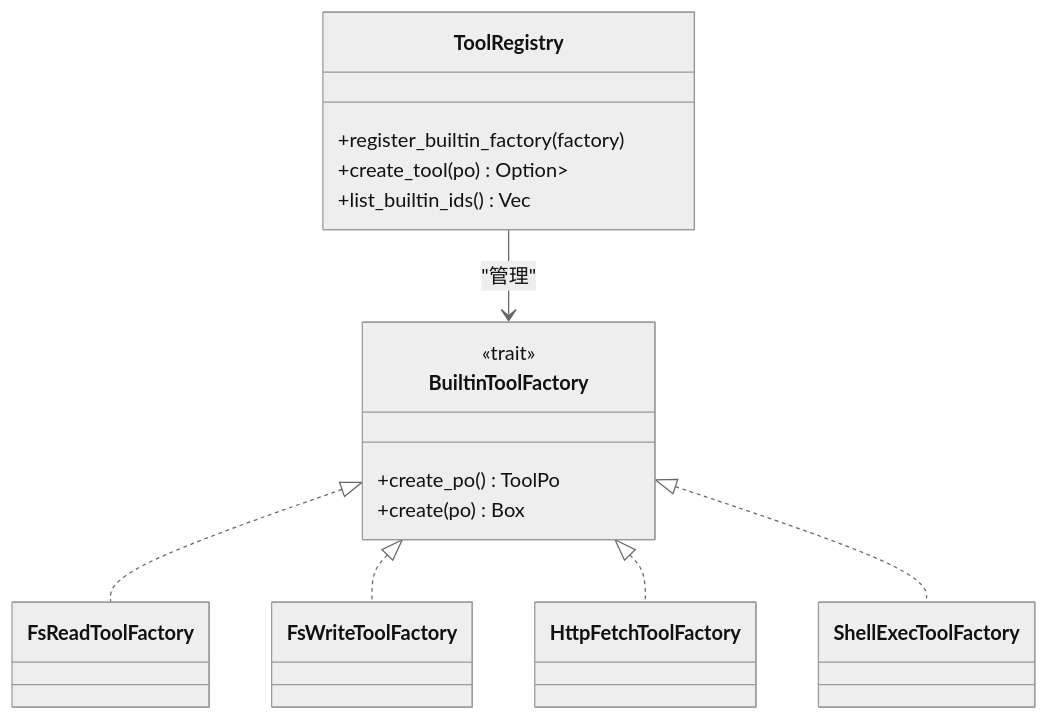
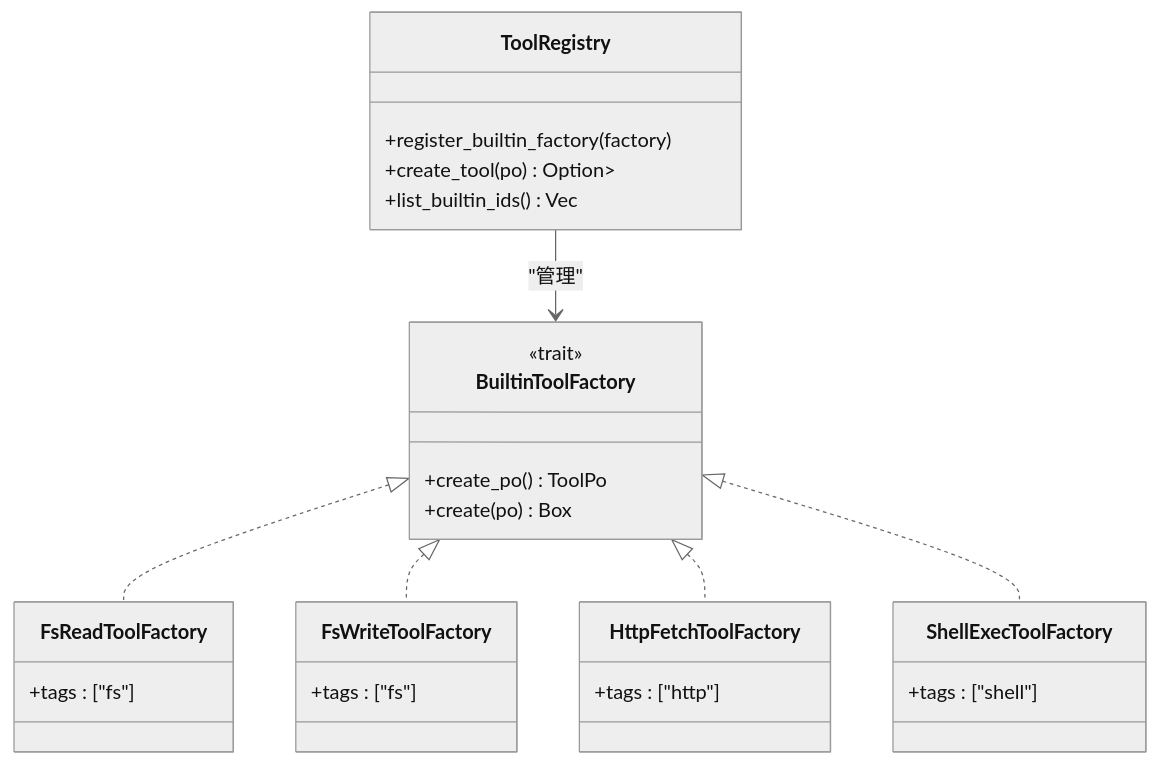
The third of 6 diagrams in .qoder/repowiki/zh/content/核心模块/工具注册表/内置工具系统.md (runningcoders/ai_orz), drawn with Mermaid (neutral theme) before and after one commit. The commit also changed other lines of this file and 299 other files, not shown here.

````diff
--- a/.qoder/repowiki/zh/content/核心模块/工具注册表/内置工具系统.md
+++ b/.qoder/repowiki/zh/content/核心模块/工具注册表/内置工具系统.md
@@ -110,22 +131,30 @@
 ```mermaid
 classDiagram
 class ToolRegistry {
 +register_builtin_factory(factory)
 +create_tool(po) Option<Box<dyn CoreTool>>
 +list_builtin_ids() Vec<String>
 }
 class BuiltinToolFactory {
 <<trait>>
 +create_po() ToolPo
 +create(po) Box<dyn CoreTool>
 }
-class FsReadToolFactory
-class FsWriteToolFactory
-class HttpFetchToolFactory
-class ShellExecToolFactory
+class FsReadToolFactory {
++tags : ["fs"]
+}
+class FsWriteToolFactory {
++tags : ["fs"]
+}
+class HttpFetchToolFactory {
++tags : ["http"]
+}
+class ShellExecToolFactory {
++tags : ["shell"]
+}
 ToolRegistry --> BuiltinToolFactory : "管理"
 BuiltinToolFactory <|.. FsReadToolFactory
 BuiltinToolFactory <|.. FsWriteToolFactory
 BuiltinToolFactory <|.. HttpFetchToolFactory
 BuiltinToolFactory <|.. ShellExecToolFactory
 ```
````
